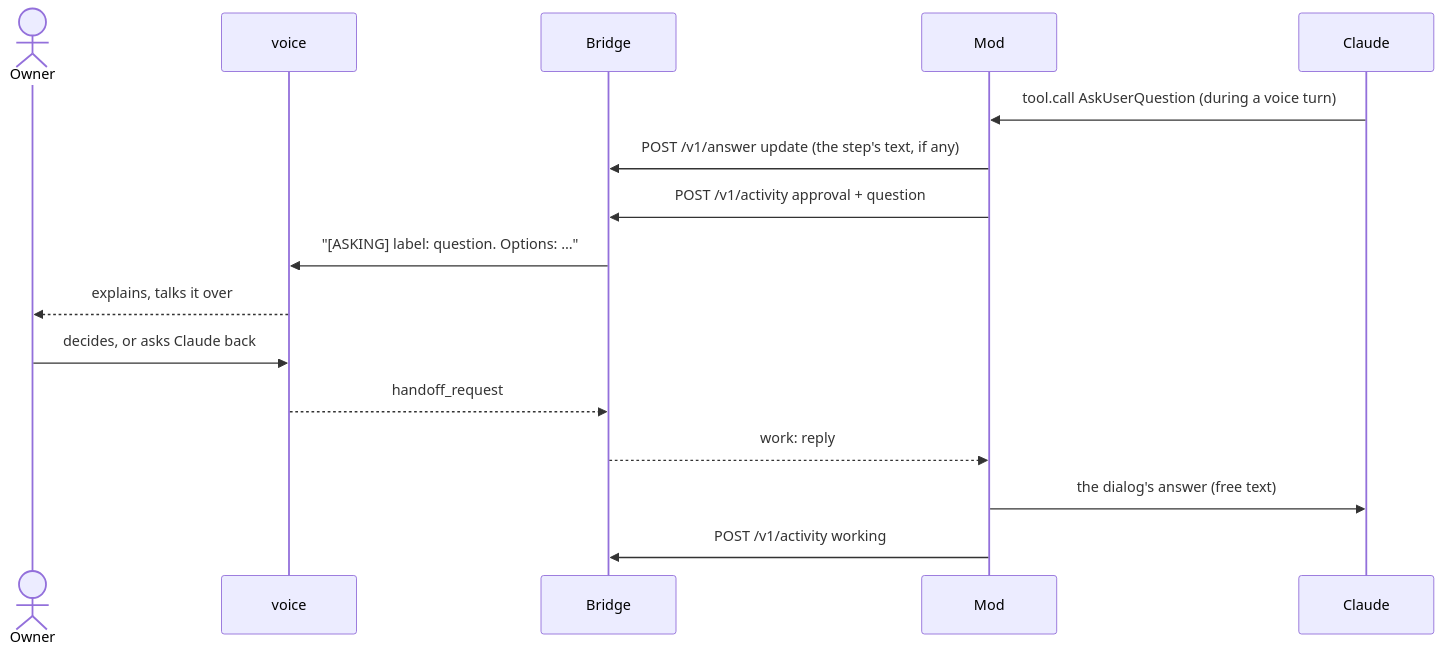
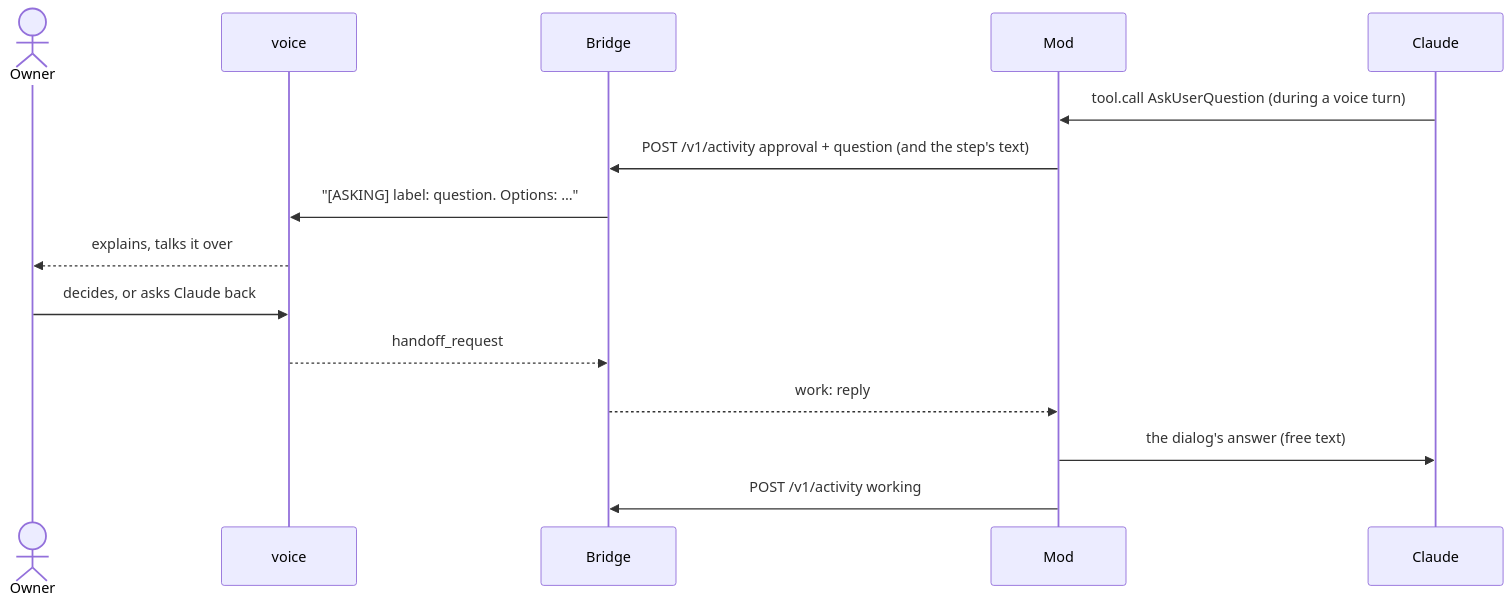
One commit to Nezhinskiy/claude-gpt-live-bridge changed the eighth of 8 diagrams in docs/architecture/overview.md. Above: the diagram before and after it, drawn with Mermaid. The commit also changed other lines of this file and 8 other files, not shown here.

````diff
--- a/docs/architecture/overview.md
+++ b/docs/architecture/overview.md
@@ -325,18 +325,17 @@
 ```mermaid
 sequenceDiagram
   actor Owner
   participant Codex as voice
   participant Bridge
   participant Mod
   participant Claude
   Claude->>Mod: tool.call AskUserQuestion (during a voice turn)
-  Mod->>Bridge: POST /v1/answer update (the step's text, if any)
-  Mod->>Bridge: POST /v1/activity approval + question
+  Mod->>Bridge: POST /v1/activity approval + question (and the step's text)
   Bridge->>Codex: "[ASKING] label: question. Options: …"
   Codex-->>Owner: explains, talks it over
   Owner->>Codex: decides, or asks Claude back
   Codex-->>Bridge: handoff_request
   Bridge-->>Mod: work: reply
   Mod->>Claude: the dialog's answer (free text)
   Mod->>Bridge: POST /v1/activity working
 ```
````
